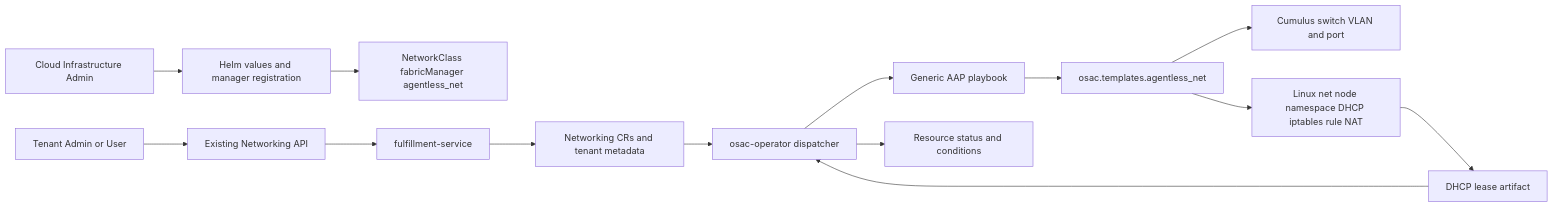
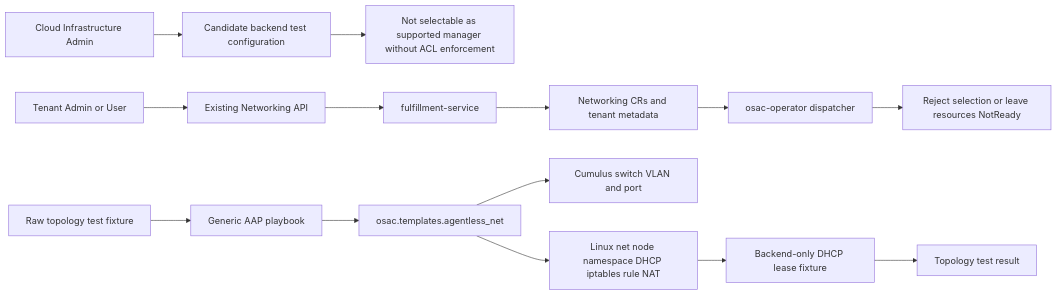
Before and after one commit to danmanor/enhancement-proposals: the diagram in enhancements/OSAC-3664-agentless-vlan-fabric-manager/design.md, drawn with Mermaid. The commit also changed other lines of this file and 34 other files, not shown here.

Commit message:
docs: define stateless NetworkACL architecture

```diff
--- a/enhancements/OSAC-3664-agentless-vlan-fabric-manager/design.md
+++ b/enhancements/OSAC-3664-agentless-vlan-fabric-manager/design.md
@@ -122,16 +133,16 @@
 ~~~mermaid
 flowchart LR
-    Admin[Cloud Infrastructure Admin] --> Helm[Helm values and manager registration]
-    Helm --> NC[NetworkClass fabricManager agentless_net]
+    Admin[Cloud Infrastructure Admin] --> Helm[Candidate backend test configuration]
+    Helm --> Gate[Not selectable as supported manager without ACL enforcement]
     Tenant[Tenant Admin or User] --> API[Existing Networking API]
     API --> FS[fulfillment-service]
     FS --> CR[Networking CRs and tenant metadata]
     CR --> OP[osac-operator dispatcher]
-    OP --> AAP[Generic AAP playbook]
+    OP --> Reject[Reject selection or leave resources NotReady]
+    Harness[Raw topology test fixture] --> AAP[Generic AAP playbook]
     AAP --> Role[osac.templates.agentless_net]
     Role --> Switch[Cumulus switch VLAN and port]
     Role --> Node[Linux net node namespace DHCP iptables rule NAT]
-    Node --> Lease[DHCP lease artifact]
-    Lease --> OP
-    OP --> Status[Resource status and conditions]
+    Node --> Lease[Backend-only DHCP lease fixture]
+    Lease --> TestResult[Topology test result]
 ~~~
```
